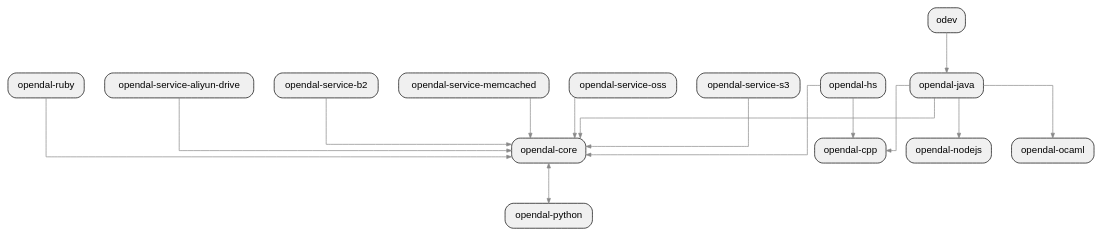
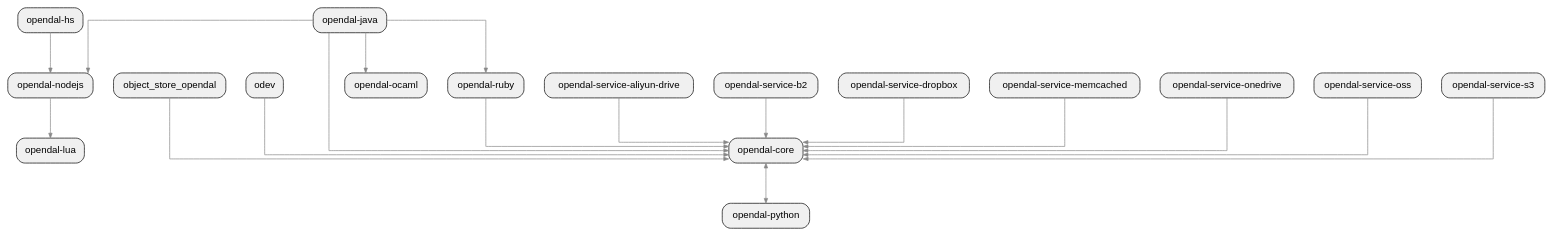
The diagram in sample/rust/opendal-pagerank/depth_1_crate.dot (allenanswerzq/llmcc), drawn with Graphviz before and after one commit. The commit also changed 361 other files, not shown here.

Commit message:
llmcc-sample: more rust projects

```diff
--- a/sample/rust/opendal-pagerank/depth_1_crate.dot
+++ b/sample/rust/opendal-pagerank/depth_1_crate.dot
@@ -1,44 +1,50 @@
 digraph architecture {
   rankdir=TB;
   ranksep=0.8;
   nodesep=0.4;
   splines=ortho;
   concentrate=true;
 
   node [shape=box, style="rounded,filled", fillcolor="#f0f0f0", fontname="Helvetica"];
   edge [color="#888888", arrowsize=0.7];
 
   labelloc=t;
   fontsize=16;
 
+  crate_object_store_opendal[label="object_store_opendal", path="/home/yibai/llmcc/sample/repos/opendal/integrations/object_store"];
   crate_odev[label="odev", path="/home/yibai/llmcc/sample/repos/opendal/dev"];
   crate_opendal_core[label="opendal-core", path="/home/yibai/llmcc/sample/repos/opendal/core/core"];
-  crate_opendal_cpp[label="opendal-cpp", path="/home/yibai/llmcc/sample/repos/opendal/bindings/cpp"];
   crate_opendal_hs[label="opendal-hs", path="/home/yibai/llmcc/sample/repos/opendal/bindings/haskell"];
   crate_opendal_java[label="opendal-java", path="/home/yibai/llmcc/sample/repos/opendal/bindings/java"];
+  crate_opendal_lua[label="opendal-lua", path="/home/yibai/llmcc/sample/repos/opendal/bindings/lua"];
   crate_opendal_nodejs[label="opendal-nodejs", path="/home/yibai/llmcc/sample/repos/opendal/bindings/nodejs"];
   crate_opendal_ocaml[label="opendal-ocaml", path="/home/yibai/llmcc/sample/repos/opendal/bindings/ocaml"];
   crate_opendal_python[label="opendal-python", path="/home/yibai/llmcc/sample/repos/opendal/bindings/python"];
   crate_opendal_ruby[label="opendal-ruby", path="/home/yibai/llmcc/sample/repos/opendal/bindings/ruby"];
   crate_opendal_service_aliyun_drive[label="opendal-service-aliyun-drive", path="/home/yibai/llmcc/sample/repos/opendal/core/services/aliyun-drive"];
   crate_opendal_service_b2[label="opendal-service-b2", path="/home/yibai/llmcc/sample/repos/opendal/core/services/b2"];
+  crate_opendal_service_dropbox[label="opendal-service-dropbox", path="/home/yibai/llmcc/sample/repos/opendal/core/services/dropbox"];
   crate_opendal_service_memcached[label="opendal-service-memcached", path="/home/yibai/llmcc/sample/repos/opendal/core/services/memcached"];
+  crate_opendal_service_onedrive[label="opendal-service-onedrive", path="/home/yibai/llmcc/sample/repos/opendal/core/services/onedrive"];
   crate_opendal_service_oss[label="opendal-service-oss", path="/home/yibai/llmcc/sample/repos/opendal/core/services/oss"];
   crate_opendal_service_s3[label="opendal-service-s3", path="/home/yibai/llmcc/sample/repos/opendal/core/services/s3"];
 
-  crate_odev -> crate_opendal_java;
+  crate_object_store_opendal -> crate_opendal_core;
+  crate_odev -> crate_opendal_core;
   crate_opendal_core -> crate_opendal_python;
-  crate_opendal_hs -> crate_opendal_core;
-  crate_opendal_hs -> crate_opendal_cpp;
+  crate_opendal_hs -> crate_opendal_nodejs;
   crate_opendal_java -> crate_opendal_core;
-  crate_opendal_java -> crate_opendal_cpp;
   crate_opendal_java -> crate_opendal_nodejs;
   crate_opendal_java -> crate_opendal_ocaml;
+  crate_opendal_java -> crate_opendal_ruby;
+  crate_opendal_nodejs -> crate_opendal_lua;
   crate_opendal_python -> crate_opendal_core;
   crate_opendal_ruby -> crate_opendal_core;
   crate_opendal_service_aliyun_drive -> crate_opendal_core;
   crate_opendal_service_b2 -> crate_opendal_core;
+  crate_opendal_service_dropbox -> crate_opendal_core;
   crate_opendal_service_memcached -> crate_opendal_core;
+  crate_opendal_service_onedrive -> crate_opendal_core;
   crate_opendal_service_oss -> crate_opendal_core;
   crate_opendal_service_s3 -> crate_opendal_core;
 }
```
